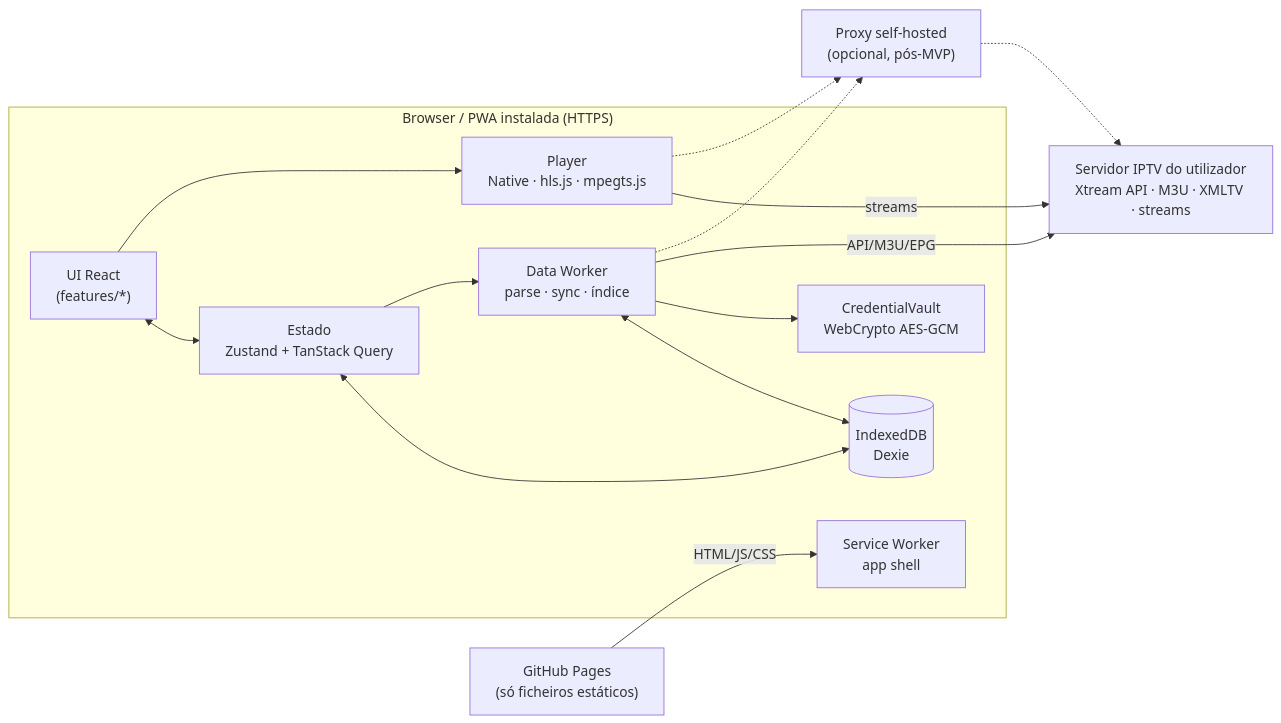
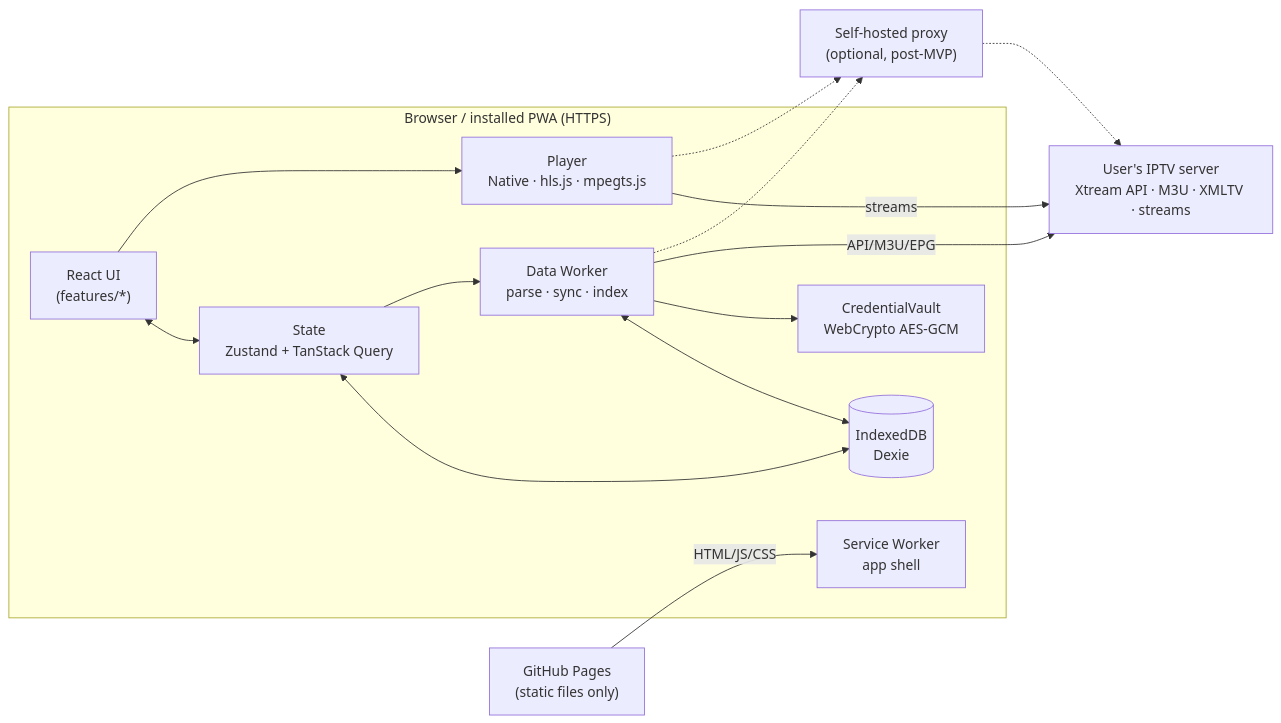
Before and after one commit to mariopires9/simple_iptv: the first of 3 diagrams in docs/ARCHITECTURE.md, drawn with Mermaid. The commit also changed other lines of this file and 4 other files, not shown here.

Commit message:
docs: translate research, architecture, decisions, product spec and UX docs to English

````diff
--- a/docs/ARCHITECTURE.md
+++ b/docs/ARCHITECTURE.md
@@ -7,28 +7,28 @@
 ```mermaid
 flowchart LR
-  subgraph Browser["Browser / PWA instalada (HTTPS)"]
-    UI["UI React<br/>(features/*)"]
-    ST["Estado<br/>Zustand + TanStack Query"]
+  subgraph Browser["Browser / installed PWA (HTTPS)"]
+    UI["React UI<br/>(features/*)"]
+    ST["State<br/>Zustand + TanStack Query"]
     PL["Player<br/>Native · hls.js · mpegts.js"]
-    WK["Data Worker<br/>parse · sync · índice"]
+    WK["Data Worker<br/>parse · sync · index"]
     DB[("IndexedDB<br/>Dexie")]
     VA["CredentialVault<br/>WebCrypto AES-GCM"]
     SW["Service Worker<br/>app shell"]
   end
-  HOST["GitHub Pages<br/>(só ficheiros estáticos)"]
-  IPTV["Servidor IPTV do utilizador<br/>Xtream API · M3U · XMLTV · streams"]
-  PRX["Proxy self-hosted<br/>(opcional, pós-MVP)"]
+  HOST["GitHub Pages<br/>(static files only)"]
+  IPTV["User's IPTV server<br/>Xtream API · M3U · XMLTV · streams"]
+  PRX["Self-hosted proxy<br/>(optional, post-MVP)"]
 
   HOST -- "HTML/JS/CSS" --> SW
   UI <--> ST
   ST <--> DB
   UI --> PL
   ST --> WK
   WK <--> DB
   WK --> VA
   PL -- "streams" --> IPTV
   WK -- "API/M3U/EPG" --> IPTV
   PL -.-> PRX
   WK -.-> PRX
   PRX -.-> IPTV
 ```
````
